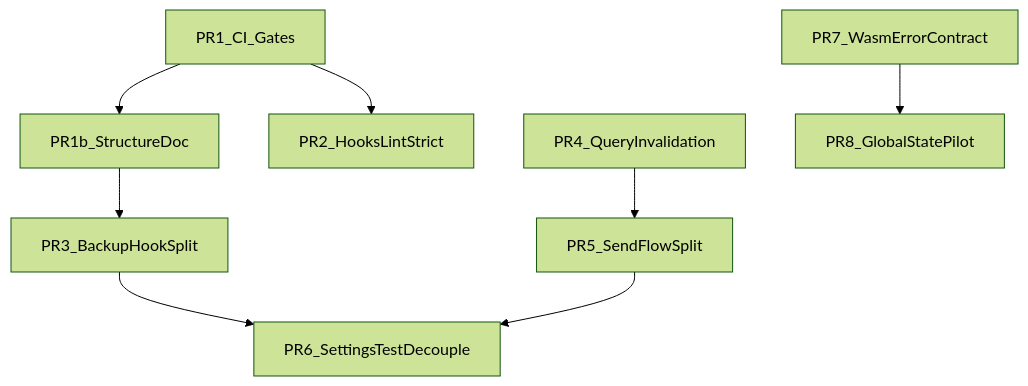
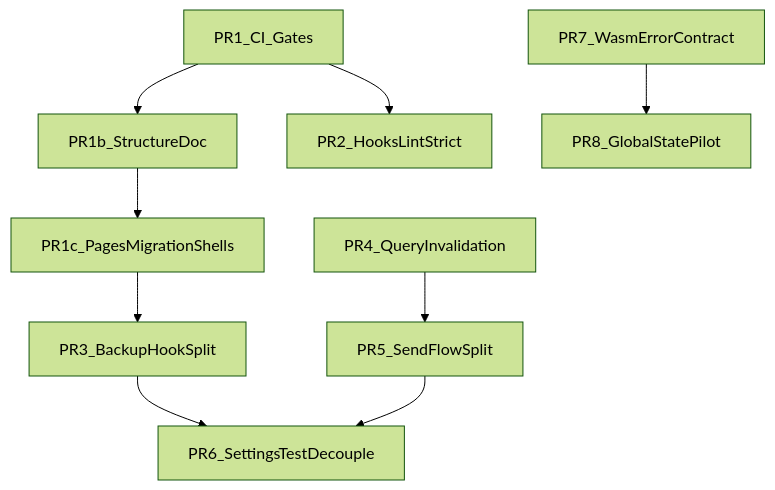
The second of 2 diagrams in .cursor/architecture/plans/two_week_remediation_roadmap_4e11cfd8.plan.md (Radivis/bitboard-pwa-wallet), drawn with Mermaid (forest theme) before and after one commit. The commit also changed other lines of this file and 9 other files, not shown here.

````diff
--- a/.cursor/architecture/plans/two_week_remediation_roadmap_4e11cfd8.plan.md
+++ b/.cursor/architecture/plans/two_week_remediation_roadmap_4e11cfd8.plan.md
@@ -236,10 +263,11 @@
 ```mermaid
 flowchart TD
   pr1[PR1_CI_Gates] --> pr1b[PR1b_StructureDoc]
+  pr1b --> pr1c[PR1c_PagesMigrationShells]
   pr1 --> pr2[PR2_HooksLintStrict]
-  pr1b --> pr3[PR3_BackupHookSplit]
+  pr1c --> pr3[PR3_BackupHookSplit]
   pr3 --> pr6[PR6_SettingsTestDecouple]
   pr4[PR4_QueryInvalidation] --> pr5[PR5_SendFlowSplit]
   pr5 --> pr6
   pr7[PR7_WasmErrorContract] --> pr8[PR8_GlobalStatePilot]
 ```
````
